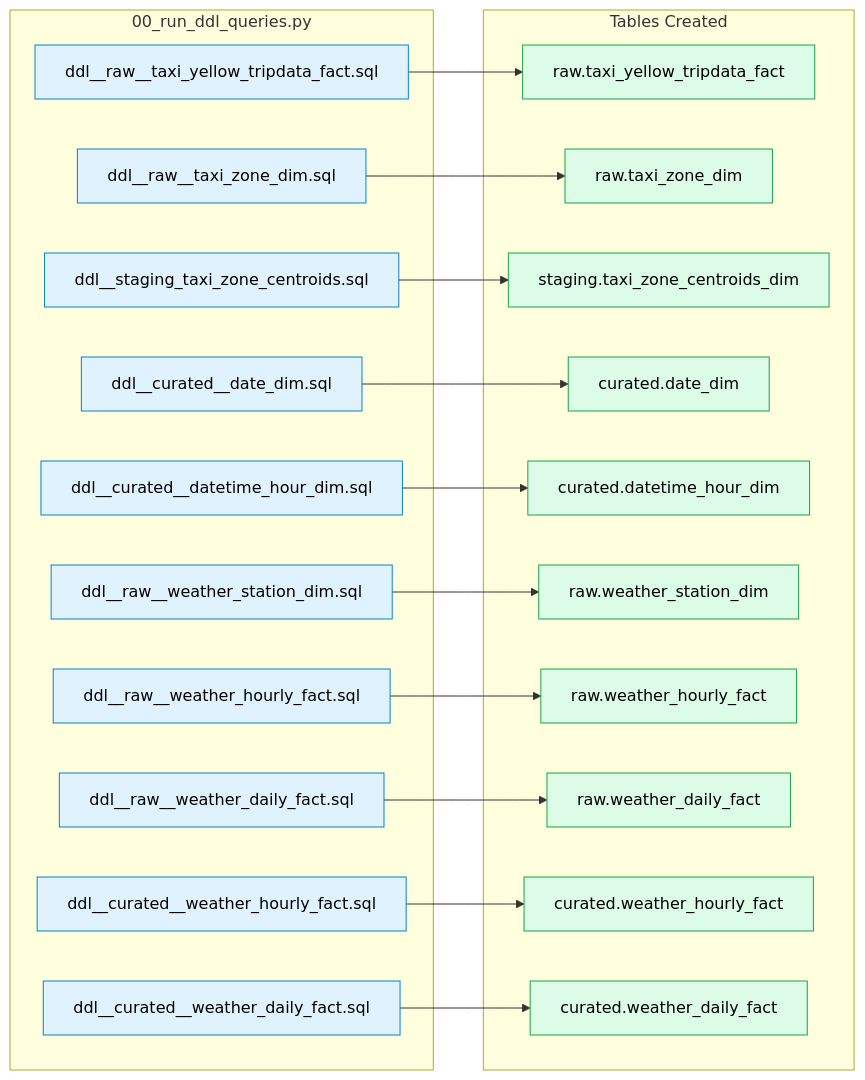
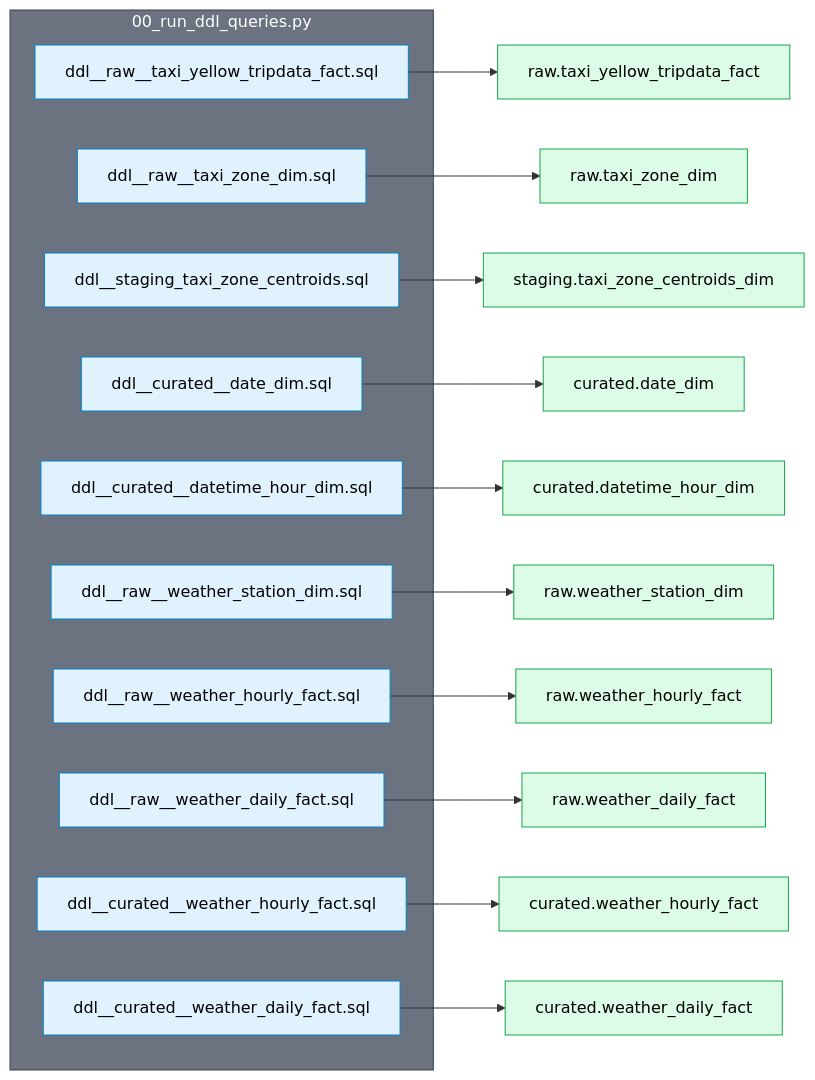
The first of 5 diagrams in local/README.md (betsyhcamp/nyc_taxi), drawn with Mermaid before and after one commit. The commit also changed other lines of this file and 1 other file, not shown here.

Commit message:
add explicit instructions for creating dataflow diagrams; update diagrams

````diff
--- a/local/README.md
+++ b/local/README.md
@@ -186,42 +207,42 @@
 ```mermaid
 flowchart LR
-    classDef script fill:#e0f2fe,stroke:#0284c7,color:#000
+    classDef sql fill:#e0f2fe,stroke:#0284c7,color:#000
     classDef table fill:#dcfce7,stroke:#16a34a,color:#000
 
-    subgraph scripts_0 [00_run_ddl_queries.py]
-        ddl1[ddl__raw__taxi_yellow_tripdata_fact.sql]:::script
-        ddl2[ddl__raw__taxi_zone_dim.sql]:::script
-        ddl3[ddl__staging_taxi_zone_centroids.sql]:::script
-        ddl4[ddl__curated__date_dim.sql]:::script
-        ddl5[ddl__curated__datetime_hour_dim.sql]:::script
-        ddl6[ddl__raw__weather_station_dim.sql]:::script
-        ddl7[ddl__raw__weather_hourly_fact.sql]:::script
-        ddl8[ddl__raw__weather_daily_fact.sql]:::script
-        ddl9[ddl__curated__weather_hourly_fact.sql]:::script
-        ddl10[ddl__curated__weather_daily_fact.sql]:::script
+    subgraph script_00 [00_run_ddl_queries.py]
+        ddl1[ddl__raw__taxi_yellow_tripdata_fact.sql]:::sql
+        ddl2[ddl__raw__taxi_zone_dim.sql]:::sql
+        ddl3[ddl__staging_taxi_zone_centroids.sql]:::sql
+        ddl4[ddl__curated__date_dim.sql]:::sql
+        ddl5[ddl__curated__datetime_hour_dim.sql]:::sql
+        ddl6[ddl__raw__weather_station_dim.sql]:::sql
+        ddl7[ddl__raw__weather_hourly_fact.sql]:::sql
+        ddl8[ddl__raw__weather_daily_fact.sql]:::sql
+        ddl9[ddl__curated__weather_hourly_fact.sql]:::sql
+        ddl10[ddl__curated__weather_daily_fact.sql]:::sql
     end
 
-    subgraph tables_0 [Tables Created]
-        raw_taxi[raw.taxi_yellow_tripdata_fact]:::table
-        raw_zone[raw.taxi_zone_dim]:::table
-        stg_centroid[staging.taxi_zone_centroids_dim]:::table
-        cur_date[curated.date_dim]:::table
-        cur_hour[curated.datetime_hour_dim]:::table
-        raw_station[raw.weather_station_dim]:::table
-        raw_whourly[raw.weather_hourly_fact]:::table
-        raw_wdaily[raw.weather_daily_fact]:::table
-        cur_whourly[curated.weather_hourly_fact]:::table
-        cur_wdaily[curated.weather_daily_fact]:::table
-    end
+    raw_taxi[raw.taxi_yellow_tripdata_fact]:::table
+    raw_zone[raw.taxi_zone_dim]:::table
+    stg_centroid[staging.taxi_zone_centroids_dim]:::table
+    cur_date[curated.date_dim]:::table
+    cur_hour[curated.datetime_hour_dim]:::table
+    raw_station[raw.weather_station_dim]:::table
+    raw_whourly[raw.weather_hourly_fact]:::table
+    raw_wdaily[raw.weather_daily_fact]:::table
+    cur_whourly[curated.weather_hourly_fact]:::table
+    cur_wdaily[curated.weather_daily_fact]:::table
 
     ddl1 --> raw_taxi
     ddl2 --> raw_zone
     ddl3 --> stg_centroid
     ddl4 --> cur_date
     ddl5 --> cur_hour
     ddl6 --> raw_station
     ddl7 --> raw_whourly
     ddl8 --> raw_wdaily
     ddl9 --> cur_whourly
     ddl10 --> cur_wdaily
+
+    style script_00 fill:#6b7280,stroke:#374151,color:#fff
 ```
````
